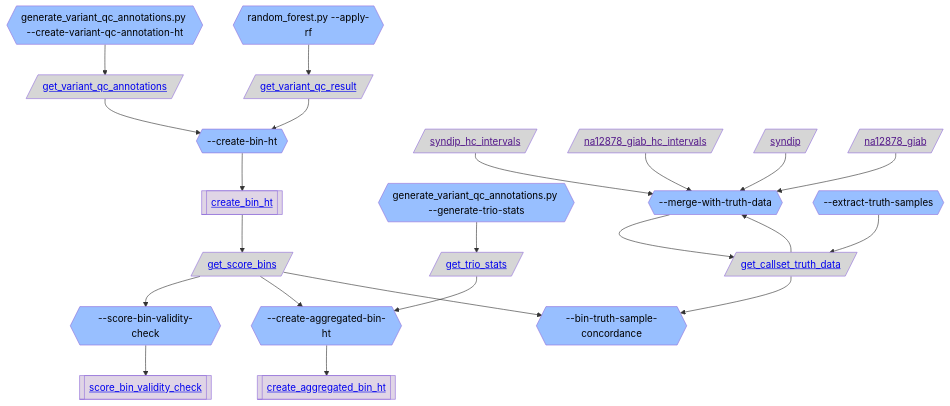
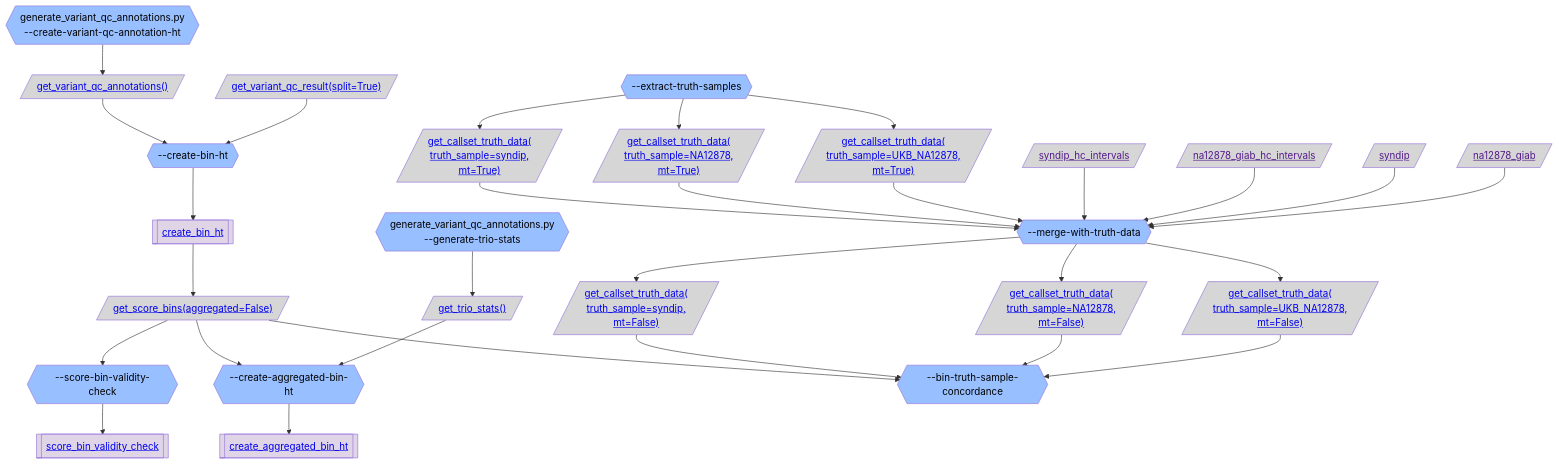
Before and after one commit to broadinstitute/gnomad_qc: the third of 5 diagrams in gnomad_qc/v4/variant_qc/README.md, drawn with Mermaid. The commit also changed other lines of this file and 3 other files, not shown here.

````diff
--- a/gnomad_qc/v4/variant_qc/README.md
+++ b/gnomad_qc/v4/variant_qc/README.md
@@ -98,53 +133,78 @@
 ```mermaid
 flowchart TB;
   classDef script_color fill:#2C5D4A,color:#000000
   classDef step_color fill:#98BFFF,color:#000000
   classDef func_color fill:#E0D5E6,color:#000000
   classDef gnomad_methods_color fill:#F9F2CE,color:#000000
   classDef hail_color fill:#FAEACE,color:#000000
   classDef resource_color fill:#D6D6D6,color:#000000
   classDef validity_check_color fill:#2C5D4A,color:#000000
 
-  step_create_variant_qc_annotation_ht{{"generate_variant_qc_annotations.py --create-variant-qc-annotation-ht"}}:::step_color;
-  resource_get_variant_qc_annotations[/"<a href='https://github.com/broadinstitute/gnomad_qc/tree/main/gnomad_qc/v4/resources/annotations.py#L149'>get_variant_qc_annotations</a>"/]:::resource_color;
+  step_create_variant_qc_annotation_ht{{"generate_variant_qc_annotations.py
+--create-variant-qc-annotation-ht"}}:::step_color;
+  resource_get_variant_qc_annotations_[/"<a href='https://github.com/broadinstitute/gnomad_qc/tree/main/gnomad_qc/v4/resources/annotations.py#L149'>get_variant_qc_annotations()</a>"/]:::resource_color;
   step_create_bin_ht{{"--create-bin-ht"}}:::step_color;
   func_create_bin_ht[["<a href='https://github.com/broadinstitute/gnomad_qc/tree/main/gnomad_qc/v4/variant_qc/evaluation.py#L42'>create_bin_ht</a>"]]:::func_color;
-  resource_get_variant_qc_result[/"<a href='https://github.com/broadinstitute/gnomad_qc/tree/main/gnomad_qc/v4/resources/variant_qc.py#L257'>get_variant_qc_result</a>"/]:::resource_color;
-  step_apply_rf{{"random_forest.py --apply-rf"}}:::step_color;
-  resource_get_score_bins[/"<a href='https://github.com/broadinstitute/gnomad_qc/tree/main/gnomad_qc/v4/resources/variant_qc.py#L156'>get_score_bins</a>"/]:::resource_color;
+  resource_get_variant_qc_result_split_True[/"<a href='https://github.com/broadinstitute/gnomad_qc/tree/main/gnomad_qc/v4/resources/variant_qc.py#L257'>get_variant_qc_result(split=True)</a>"/]:::resource_color;
+  resource_get_score_bins_aggregated_False[/"<a href='https://github.com/broadinstitute/gnomad_qc/tree/main/gnomad_qc/v4/resources/variant_qc.py#L156'>get_score_bins(aggregated=False)</a>"/]:::resource_color;
   step_score_bin_validity_check{{"--score-bin-validity-check"}}:::step_color;
   func_score_bin_validity_check[["<a href='https://github.com/broadinstitute/gnomad_qc/tree/main/gnomad_qc/v4/variant_qc/evaluation.py#L112'>score_bin_validity_check</a>"]]:::func_color;
   step_create_aggregated_bin_ht{{"--create-aggregated-bin-ht"}}:::step_color;
   func_create_aggregated_bin_ht[["<a href='https://github.com/broadinstitute/gnomad_qc/tree/main/gnomad_qc/v4/variant_qc/evaluation.py#L135'>create_aggregated_bin_ht</a>"]]:::func_color;
-  step_generate_trio_stats{{"generate_variant_qc_annotations.py --generate-trio-stats"}}:::step_color;
-  resource_get_trio_stats[/"<a href='https://github.com/broadinstitute/gnomad_qc/tree/main/gnomad_qc/v4/resources/annotations.py#L113'>get_trio_stats</a>"/]:::resource_color;
+  step_generate_trio_stats{{"generate_variant_qc_annotations.py
+--generate-trio-stats"}}:::step_color;
+  resource_get_trio_stats_[/"<a href='https://github.com/broadinstitute/gnomad_qc/tree/main/gnomad_qc/v4/resources/annotations.py#L113'>get_trio_stats()</a>"/]:::resource_color;
   step_bin_truth_sample_concordance{{"--bin-truth-sample-concordance"}}:::step_color;
   step_merge_with_truth_data{{"--merge-with-truth-data"}}:::step_color;
-  resource_get_callset_truth_data[/"<a href='https://github.com/broadinstitute/gnomad_qc/tree/main/gnomad_qc/v4/resources/variant_qc.py#L119'>get_callset_truth_data</a>"/]:::resource_color;
+  resource_get_callset_truth_data_truth_sample_syndip_mt_False[/"<a href='https://github.com/broadinstitute/gnomad_qc/tree/main/gnomad_qc/v4/resources/variant_qc.py#L119'>get_callset_truth_data(
+truth_sample=syndip,
+mt=False)</a>"/]:::resource_color;
+  resource_get_callset_truth_data_truth_sample_NA12878_mt_False[/"<a href='https://github.com/broadinstitute/gnomad_qc/tree/main/gnomad_qc/v4/resources/variant_qc.py#L119'>get_callset_truth_data(
+truth_sample=NA12878,
+mt=False)</a>"/]:::resource_color;
+  resource_get_callset_truth_data_truth_sample_UKB_NA12878_mt_False[/"<a href='https://github.com/broadinstitute/gnomad_qc/tree/main/gnomad_qc/v4/resources/variant_qc.py#L119'>get_callset_truth_data(
+truth_sample=UKB_NA12878,
+mt=False)</a>"/]:::resource_color;
   step_extract_truth_samples{{"--extract-truth-samples"}}:::step_color;
+  resource_get_callset_truth_data_truth_sample_syndip_mt_True[/"<a href='https://github.com/broadinstitute/gnomad_qc/tree/main/gnomad_qc/v4/resources/variant_qc.py#L119'>get_callset_truth_data(
+truth_sample=syndip,
+mt=True)</a>"/]:::resource_color;
+  resource_get_callset_truth_data_truth_sample_NA12878_mt_True[/"<a href='https://github.com/broadinstitute/gnomad_qc/tree/main/gnomad_qc/v4/resources/variant_qc.py#L119'>get_callset_truth_data(
+truth_sample=NA12878,
+mt=True)</a>"/]:::resource_color;
+  resource_get_callset_truth_data_truth_sample_UKB_NA12878_mt_True[/"<a href='https://github.com/broadinstitute/gnomad_qc/tree/main/gnomad_qc/v4/resources/variant_qc.py#L119'>get_callset_truth_data(
+truth_sample=UKB_NA12878,
+mt=True)</a>"/]:::resource_color;
   resource_syndip_hc_intervals[/"<a href=''>syndip_hc_intervals</a>"/]:::resource_color;
   resource_na12878_giab_hc_intervals[/"<a href=''>na12878_giab_hc_intervals</a>"/]:::resource_color;
   resource_syndip[/"<a href=''>syndip</a>"/]:::resource_color;
   resource_na12878_giab[/"<a href=''>na12878_giab</a>"/]:::resource_color;
-  step_create_variant_qc_annotation_ht --> resource_get_variant_qc_annotations;
-  resource_get_variant_qc_annotations --> step_create_bin_ht;
+  step_create_variant_qc_annotation_ht --> resource_get_variant_qc_annotations_;
+  resource_get_variant_qc_annotations_ --> step_create_bin_ht;
   step_create_bin_ht --> func_create_bin_ht;
-  resource_get_variant_qc_result --> step_create_bin_ht;
-  step_apply_rf --> resource_get_variant_qc_result;
-  func_create_bin_ht --> resource_get_score_bins;
-  resource_get_score_bins --> step_score_bin_validity_check;
+  resource_get_variant_qc_result_split_True --> step_create_bin_ht;
+  func_create_bin_ht --> resource_get_score_bins_aggregated_False;
+  resource_get_score_bins_aggregated_False --> step_score_bin_validity_check;
   step_score_bin_validity_check --> func_score_bin_validity_check;
-  resource_get_score_bins --> step_create_aggregated_bin_ht;
+  resource_get_score_bins_aggregated_False --> step_create_aggregated_bin_ht;
   step_create_aggregated_bin_ht --> func_create_aggregated_bin_ht;
-  step_generate_trio_stats --> resource_get_trio_stats;
-  resource_get_trio_stats --> step_create_aggregated_bin_ht;
-  resource_get_score_bins --> step_bin_truth_sample_concordance;
-  step_merge_with_truth_data --> resource_get_callset_truth_data;
-  resource_get_callset_truth_data --> step_bin_truth_sample_concordance;
-  step_extract_truth_samples --> resource_get_callset_truth_data;
-  resource_get_callset_truth_data --> step_merge_with_truth_data;
+  step_generate_trio_stats --> resource_get_trio_stats_;
+  resource_get_trio_stats_ --> step_create_aggregated_bin_ht;
+  resource_get_score_bins_aggregated_False --> step_bin_truth_sample_concordance;
+  step_merge_with_truth_data --> resource_get_callset_truth_data_truth_sample_syndip_mt_False;
+  resource_get_callset_truth_data_truth_sample_syndip_mt_False --> step_bin_truth_sample_concordance;
+  step_merge_with_truth_data --> resource_get_callset_truth_data_truth_sample_NA12878_mt_False;
+  resource_get_callset_truth_data_truth_sample_NA12878_mt_False --> step_bin_truth_sample_concordance;
+  step_merge_with_truth_data --> resource_get_callset_truth_data_truth_sample_UKB_NA12878_mt_False;
+  resource_get_callset_truth_data_truth_sample_UKB_NA12878_mt_False --> step_bin_truth_sample_concordance;
+  step_extract_truth_samples --> resource_get_callset_truth_data_truth_sample_syndip_mt_True;
+  resource_get_callset_truth_data_truth_sample_syndip_mt_True --> step_merge_with_truth_data;
+  step_extract_truth_samples --> resource_get_callset_truth_data_truth_sample_NA12878_mt_True;
+  resource_get_callset_truth_data_truth_sample_NA12878_mt_True --> step_merge_with_truth_data;
+  step_extract_truth_samples --> resource_get_callset_truth_data_truth_sample_UKB_NA12878_mt_True;
+  resource_get_callset_truth_data_truth_sample_UKB_NA12878_mt_True --> step_merge_with_truth_data;
   resource_syndip_hc_intervals --> step_merge_with_truth_data;
   resource_na12878_giab_hc_intervals --> step_merge_with_truth_data;
   resource_syndip --> step_merge_with_truth_data;
   resource_na12878_giab --> step_merge_with_truth_data;
 ```
````
